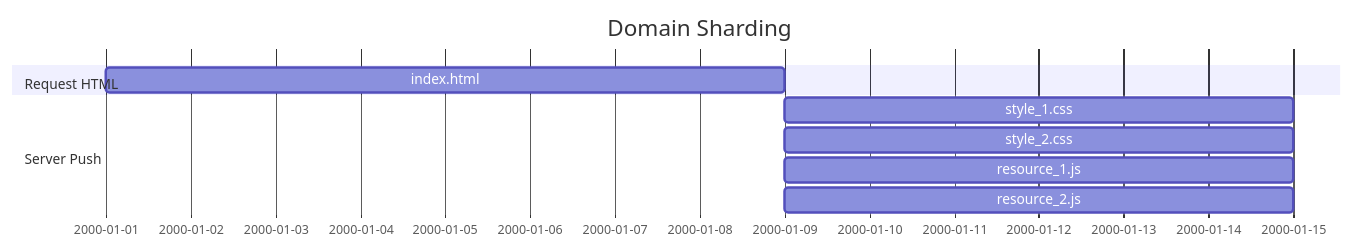
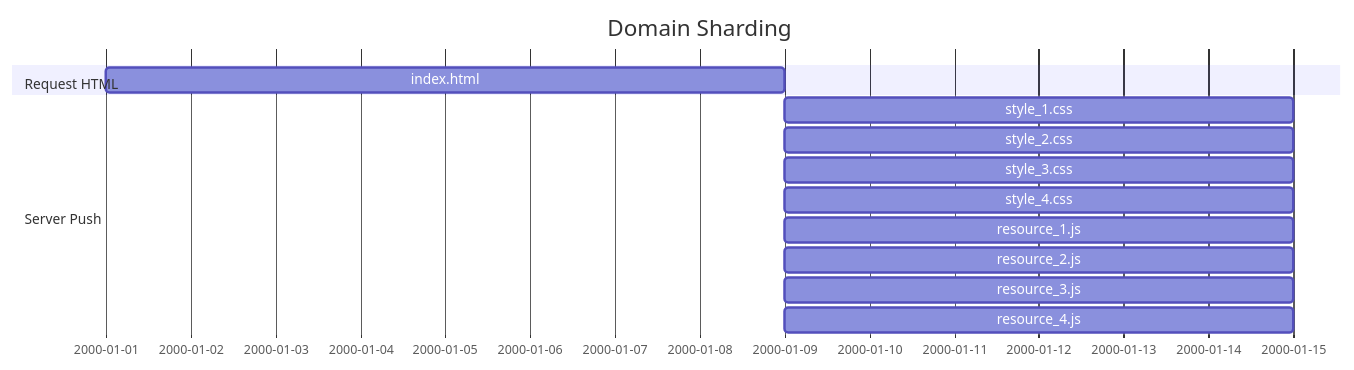
The fourth of 4 diagrams in 03.-back-end/03.-network/http/http2.0.md (MyungSeok/Gitbook), drawn with Mermaid before and after one commit.

Commit message:
no message

````diff
--- a/03.-back-end/03.-network/http/http2.0.md
+++ b/03.-back-end/03.-network/http/http2.0.md
@@ -106,12 +106,16 @@
 ```mermaid
   gantt
     title Domain Sharding
     dateFormat  YYYY-MM-DD
     section Request HTML
     index.html     : html, 2000-01-01  , 8d
     section Server Push
     style_1.css     : after html, 6d
     style_2.css     : after html, 6d
+    style_3.css     : after html, 6d
+    style_4.css     : after html, 6d
     resource_1.js     : after html, 6d
     resource_2.js     : after html, 6d
+    resource_3.js     : after html, 6d
+    resource_4.js     : after html, 6d
 ```
````
